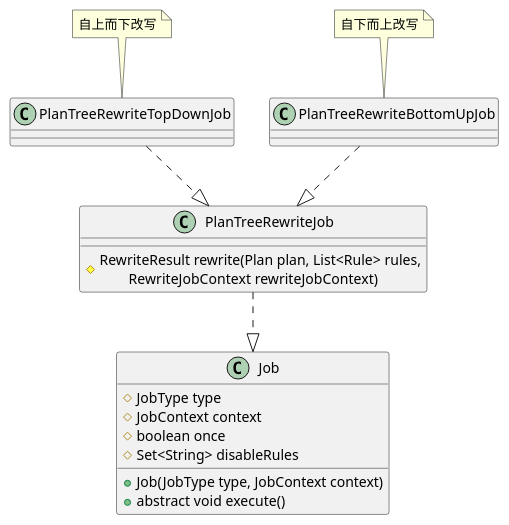
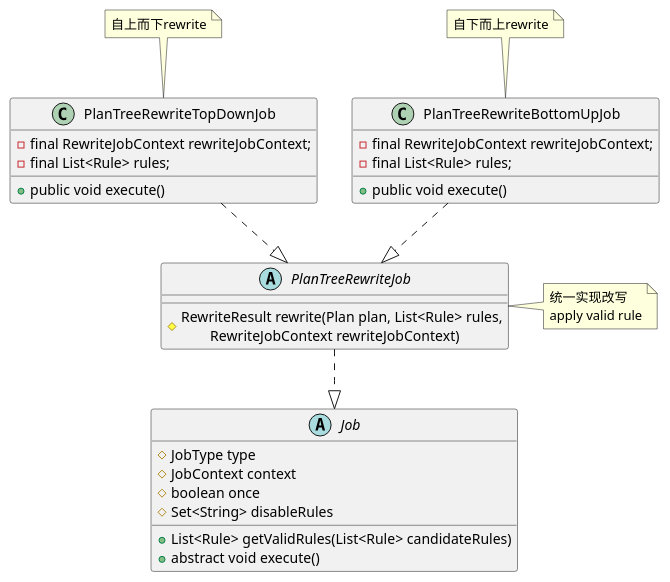
Before and after one commit to DepInjoy/geektime: the fifth of 5 diagrams in doc/DB/Doris/SourceRead/01_00_RewriteFramework.md, drawn with PlantUML. The commit also changed other lines of this file, not shown here.

Commit message:
Doris rewrite framework梳理

````diff
--- a/doc/DB/Doris/SourceRead/01_00_RewriteFramework.md
+++ b/doc/DB/Doris/SourceRead/01_00_RewriteFramework.md
@@ -359,25 +407,35 @@
 ```plantuml
 @startuml
-class Job {
+abstract class Job {
     # JobType type
     # JobContext context
     # boolean once
     # Set<String> disableRules
-    + Job(JobType type, JobContext context)
+    + List<Rule> getValidRules(List<Rule> candidateRules)
     + abstract void execute()
 }
 
-class PlanTreeRewriteJob {
+abstract class PlanTreeRewriteJob {
     # RewriteResult rewrite(Plan plan, List<Rule> rules,\n\tRewriteJobContext rewriteJobContext)
 }
+note right : 统一实现改写\napply valid rule
 
-class PlanTreeRewriteTopDownJob {}
-note top: 自上而下改写
-class PlanTreeRewriteBottomUpJob {}
-note top: 自下而上改写
+class PlanTreeRewriteTopDownJob {
+    - final RewriteJobContext rewriteJobContext;
+    - final List<Rule> rules;
+    + public void execute()
+}
+note top: 自上而下rewrite
+
+class PlanTreeRewriteBottomUpJob {
+    - final RewriteJobContext rewriteJobContext;
+    - final List<Rule> rules;
+    + public void execute()
+}
+note top: 自下而上rewrite
 
 PlanTreeRewriteTopDownJob -down.|> PlanTreeRewriteJob
 PlanTreeRewriteBottomUpJob -down.|> PlanTreeRewriteJob
 PlanTreeRewriteJob -down.|> Job
 @enduml
 ```
````
